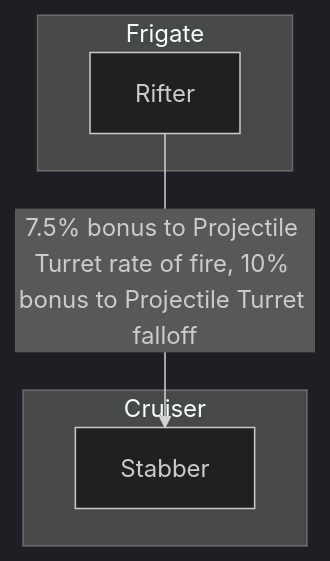
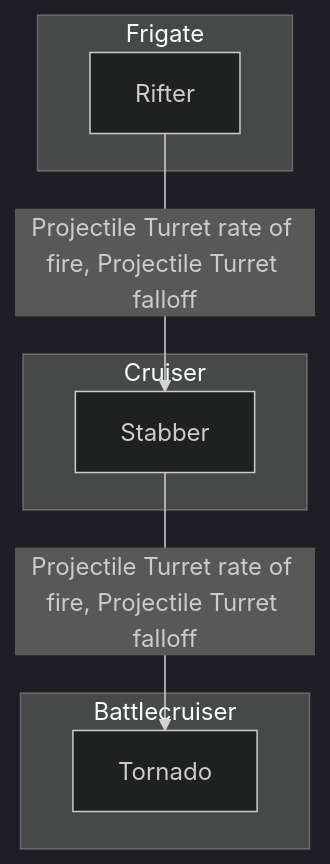
The diagram in README.md (Skybladev2/EveShipsProgression), drawn with Mermaid (dark theme) before and after one commit.

````diff
--- a/README.md
+++ b/README.md
@@ -3,14 +3,18 @@
 ```mermaid
 flowchart
 	
 	
 	
 	subgraph s1["Frigate"]
 		n1["Rifter"]
 	end
 	n1
 	subgraph s2["Cruiser"]
 		n2["Stabber"]
 	end
-	n1 -->|"7.5% bonus to Projectile Turret rate of fire, 10% bonus to Projectile Turret falloff"| n2
+	n1 -->|"Projectile Turret rate of fire, Projectile Turret falloff"| n2
+	subgraph s3["Battlecruiser"]
+		n3["Tornado"]
+	end
+	n2 -->|"Projectile Turret rate of fire, Projectile Turret falloff"| n3
 ```
````
